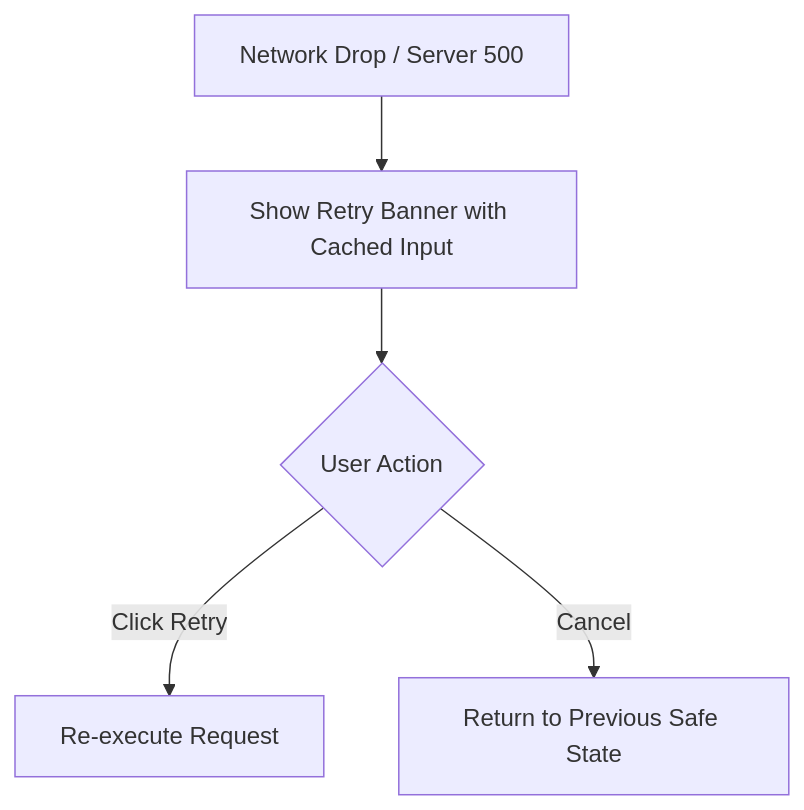
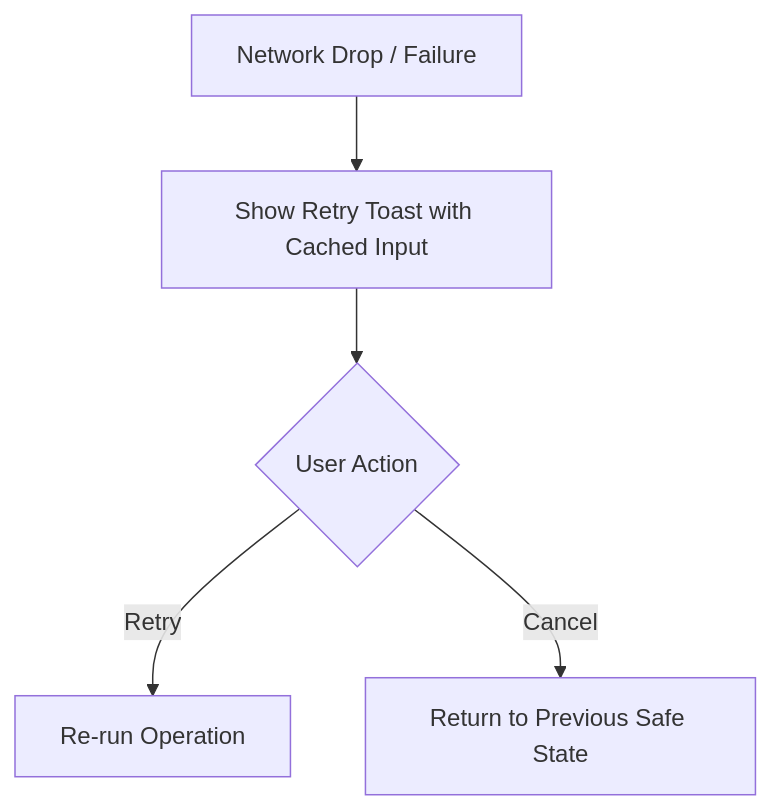
One commit to techoshik/skills changed the third of 3 diagrams in .agents/skills/lifecycle-design/SKILL.md. Above: the diagram before and after it, drawn with Mermaid. The commit also changed other lines of this file and 12 other files, not shown here.

````diff
--- a/.agents/skills/lifecycle-design/SKILL.md
+++ b/.agents/skills/lifecycle-design/SKILL.md
@@ -260,7 +143,7 @@
 ```mermaid
 flowchart TD
-  Err["Network Drop / Server 500"] --> Banner["Show Retry Banner with Cached Input"]
-  Banner --> Action{"User Action"}
-  Action -- "Click Retry" --> Submit["Re-execute Request"]
-  Action -- "Cancel" --> SafeExit["Return to Previous Safe State"]
+  Err["Network Drop / Failure"] --> Banner["Show Retry Toast with Cached Input"]
+  Banner --> Choice{"User Action"}
+  Choice -- "Retry" --> Run["Re-run Operation"]
+  Choice -- "Cancel" --> Safe["Return to Previous Safe State"]
 ```
````
